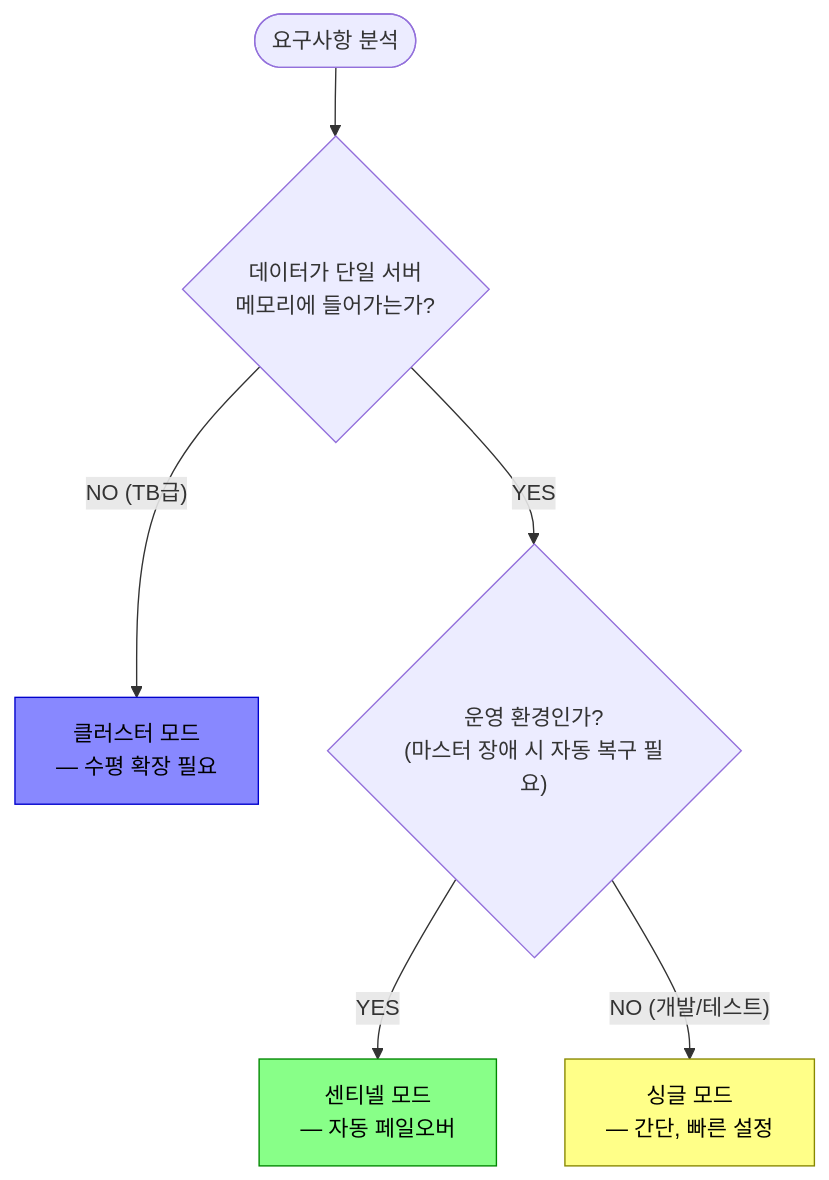
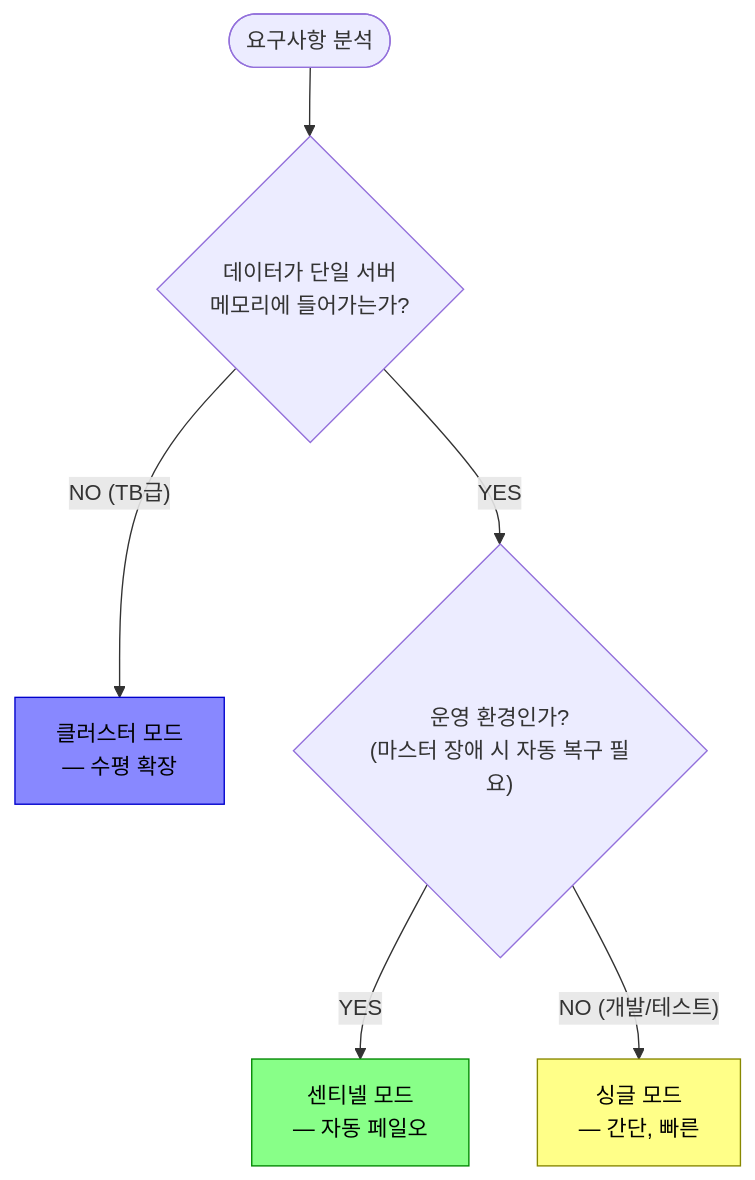
One commit to yjkim2015/yjkim2015.github.io changed the sixth of 6 diagrams in _posts/redis/2026-05-01-redis-cluster-sentinel.md. Above: the diagram before and after it, drawn with Mermaid. The commit also changed other lines of this file and 271 other files, not shown here.

First line of the commit message:
Mermaid 라벨 축소: 긴 노드 텍스트 18자 이하로 트림 + \n 제거

````diff
--- a/_posts/redis/2026-05-01-redis-cluster-sentinel.md
+++ b/_posts/redis/2026-05-01-redis-cluster-sentinel.md
@@ -383,11 +383,11 @@
 ```mermaid
 graph TD
     START(["요구사항 분석"]) --> Q1{"데이터가 단일 서버<br>메모리에 들어가는가?"}
-    Q1 -->|"NO (TB급)"| CLUSTER["클러스터 모드<br>— 수평 확장 필요"]
+    Q1 -->|"NO (TB급)"| CLUSTER["클러스터 모드<br>— 수평 확장"]
     Q1 -->|"YES"| Q2{"운영 환경인가?<br>(마스터 장애 시 자동 복구 필요)"}
-    Q2 -->|"YES"| SENTINEL["센티넬 모드<br>— 자동 페일오버"]
-    Q2 -->|"NO (개발/테스트)"| SINGLE["싱글 모드<br>— 간단, 빠른 설정"]
+    Q2 -->|"YES"| SENTINEL["센티넬 모드<br>— 자동 페일오"]
+    Q2 -->|"NO (개발/테스트)"| SINGLE["싱글 모드<br>— 간단, 빠른"]
     style CLUSTER fill:#88f,stroke:#00c,color:#000
     style SENTINEL fill:#8f8,stroke:#080,color:#000
     style SINGLE fill:#ff8,stroke:#880,color:#000
 ```
````
